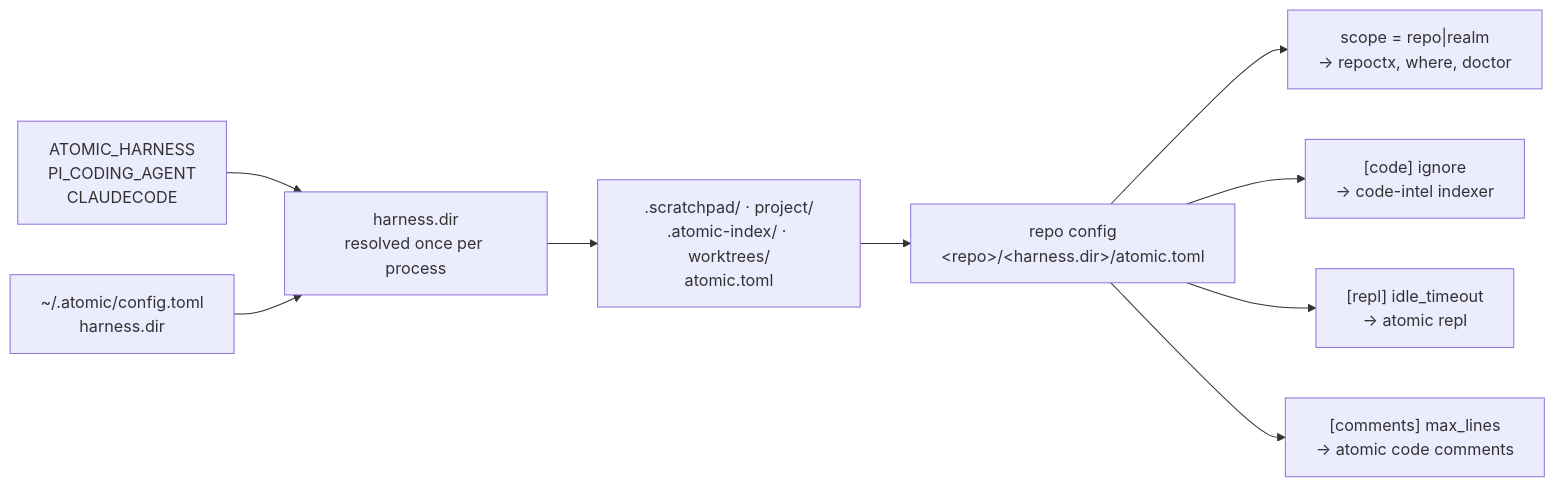
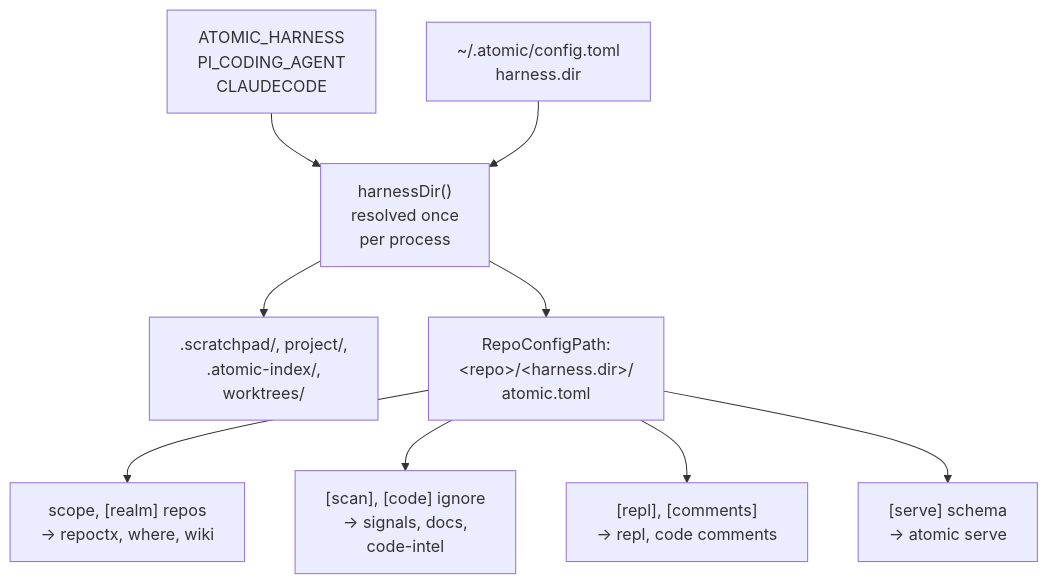
Before and after one commit to damusix/atomic-claude: the first of 14 diagrams in docs/wiki/config.md, drawn with Mermaid. The commit also changed other lines of this file and 19 other files, not shown here.

First line of the commit message:
fix(signals): keep stale fresh after a wiki refresh

````diff
--- a/docs/wiki/config.md
+++ b/docs/wiki/config.md
@@ -23,11 +23,12 @@
 ```mermaid
-flowchart LR
+flowchart TD
+    %% source: atomic/internal/config/harness.go, repo.go, scanignore.go
     ENV["ATOMIC_HARNESS<br/>PI_CODING_AGENT<br/>CLAUDECODE"] --> HD
-    UC["~/.atomic/config.toml<br/>harness.dir"] --> HD["harness.dir<br/>resolved once per process"]
-    HD --> RL[".scratchpad/ · project/<br/>.atomic-index/ · worktrees/<br/>atomic.toml"]
-    RL --> RC["repo config<br/>&lt;repo&gt;/&lt;harness.dir&gt;/atomic.toml"]
-    RC --> SC["scope = repo|realm<br/>→ repoctx, where, doctor"]
-    RC --> IG["[code] ignore<br/>→ code-intel indexer"]
-    RC --> RT["[repl] idle_timeout<br/>→ atomic repl"]
-    RC --> CM["[comments] max_lines<br/>→ atomic code comments"]
+    UC["~/.atomic/config.toml<br/>harness.dir"] --> HD["harnessDir()<br/>resolved once<br/>per process"]
+    HD --> RL[".scratchpad/, project/,<br/>.atomic-index/,<br/>worktrees/"]
+    HD --> RC["RepoConfigPath:<br/>&lt;repo&gt;/&lt;harness.dir&gt;/<br/>atomic.toml"]
+    RC --> SC["scope, [realm] repos<br/>→ repoctx, where, wiki"]
+    RC --> IG["[scan], [code] ignore<br/>→ signals, docs,<br/>code-intel"]
+    RC --> RT["[repl], [comments]<br/>→ repl, code comments"]
+    RC --> SV["[serve] schema<br/>→ atomic serve"]
 ```
````
